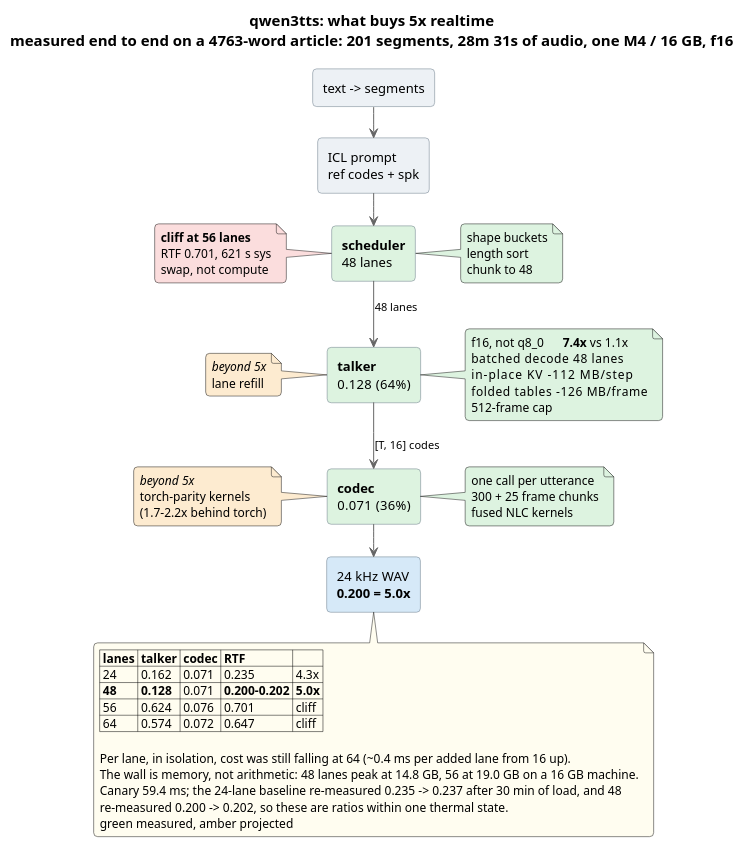
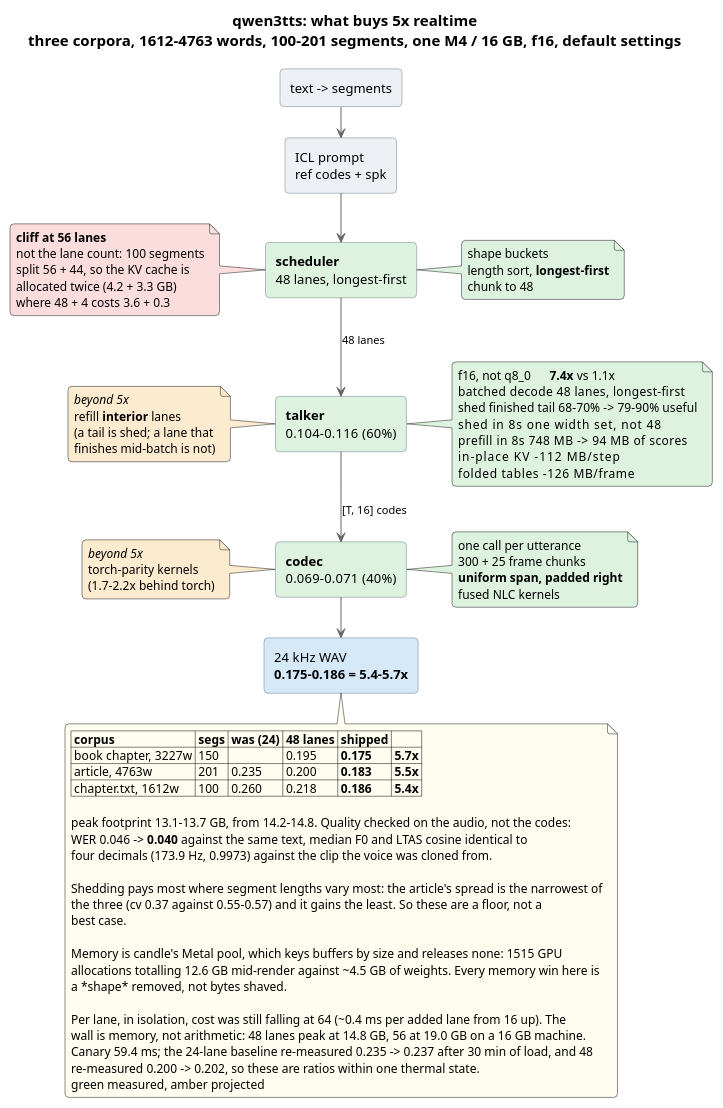
Before and after one commit to drmhse/dream-tts: the diagram in docs/qwen3tts-speedup.puml, drawn with PlantUML. The commit also changed 5 other files, not shown here.

First line of the commit message:
docs: 5.4-5.7x realtime, and where the memory actually goes

```diff
--- a/docs/qwen3tts-speedup.puml
+++ b/docs/qwen3tts-speedup.puml
@@ -1,84 +1,102 @@
 @startuml qwen3tts-speedup
-title <b>qwen3tts: what buys 5x realtime</b>\nmeasured end to end on a 4763-word article: 201 segments, 28m 31s of audio, one M4 / 16 GB, f16
+title <b>qwen3tts: what buys 5x realtime</b>\nthree corpora, 1612-4763 words, 100-201 segments, one M4 / 16 GB, f16, default settings
 
 skinparam backgroundColor #FFFFFF
 skinparam shadowing false
 skinparam defaultFontName Helvetica
 skinparam defaultFontSize 13
 skinparam titleFontSize 15
 skinparam roundCorner 8
 skinparam nodesep 45
 skinparam ranksep 30
 skinparam ArrowColor #666666
 skinparam ArrowFontSize 11
 skinparam rectangle {
   BorderColor #6B7A88
   BackgroundColor #EDF1F5
 }
 skinparam noteFontSize 12
 
 rectangle "text -> segments" as SEG
 rectangle "ICL prompt\nref codes + spk" as PROMPT
-rectangle "**scheduler**\n48 lanes" as SCHED #DDF3E0
-rectangle "**talker**\n0.128  (64%)" as TALKER #DDF3E0
-rectangle "**codec**\n0.071  (36%)" as CODEC #DDF3E0
-rectangle "24 kHz WAV\n**0.200 = 5.0x**" as WAV #D6E9F8
+rectangle "**scheduler**\n48 lanes, longest-first" as SCHED #DDF3E0
+rectangle "**talker**\n0.104-0.116  (60%)" as TALKER #DDF3E0
+rectangle "**codec**\n0.069-0.071  (40%)" as CODEC #DDF3E0
+rectangle "24 kHz WAV\n**0.175-0.186 = 5.4-5.7x**" as WAV #D6E9F8
 
 SEG --> PROMPT
 PROMPT --> SCHED
 SCHED --> TALKER : "48 lanes"
 TALKER --> CODEC : "[T, 16] codes"
 CODEC --> WAV
 
 note right of SCHED #DDF3E0
   shape buckets
-  length sort
+  length sort, <b>longest-first</b>
   chunk to 48
 end note
 
 note right of TALKER #DDF3E0
   f16, not q8_0      <b>7.4x</b> vs 1.1x
-  batched decode     48 lanes
+  batched decode     48 lanes, longest-first
+  shed finished tail  68-70% -> 79-90% useful
+  shed in 8s         one width set, not 48
+  prefill in 8s      748 MB -> 94 MB of scores
   in-place KV        -112 MB/step
   folded tables      -126 MB/frame
-  512-frame cap
 end note
 
 note right of CODEC #DDF3E0
   one call per utterance
   300 + 25 frame chunks
+  <b>uniform span, padded right</b>
   fused NLC kernels
 end note
 
 note left of SCHED #FBDDDD
   <b>cliff at 56 lanes</b>
-  RTF 0.701, 621 s sys
-  swap, not compute
+  not the lane count: 100 segments
+  split 56 + 44, so the KV cache is
+  allocated twice (4.2 + 3.3 GB)
+  where 48 + 4 costs 3.6 + 0.3
 end note
 
 note left of TALKER #FDEBD0
   <i>beyond 5x</i>
-  lane refill
+  refill <b>interior</b> lanes
+  (a tail is shed; a lane that
+  finishes mid-batch is not)
 end note
 
 note left of CODEC #FDEBD0
   <i>beyond 5x</i>
   torch-parity kernels
   (1.7-2.2x behind torch)
 end note
 
 note bottom of WAV #FFFDF0
-  |= lanes |= talker |= codec |= RTF |= |
-  | 24 | 0.162 | 0.071 | 0.235 | 4.3x |
-  | <b>48</b> | <b>0.128</b> | 0.071 | <b>0.200-0.202</b> | <b>5.0x</b> |
-  | 56 | 0.624 | 0.076 | 0.701 | cliff |
-  | 64 | 0.574 | 0.072 | 0.647 | cliff |
+  |= corpus |= segs |= was (24) |= 48 lanes |= <b>shipped</b> |= |
+  | book chapter, 3227w | 150 | | 0.195 | <b>0.175</b> | <b>5.7x</b> |
+  | article, 4763w | 201 | 0.235 | 0.200 | <b>0.183</b> | <b>5.5x</b> |
+  | chapter.txt, 1612w | 100 | 0.260 | 0.218 | <b>0.186</b> | <b>5.4x</b> |
 
-  Per lane, in isolation, cost was still falling at 64 (~0.4 ms per added lane from 16 up).
-  The wall is memory, not arithmetic: 48 lanes peak at 14.8 GB, 56 at 19.0 GB on a 16 GB machine.
+  peak footprint 13.1-13.7 GB, from 14.2-14.8. Quality checked on the audio, not the codes:
+  WER 0.046 -> <b>0.040</b> against the same text, median F0 and LTAS cosine identical to
+  four decimals (173.9 Hz, 0.9973) against the clip the voice was cloned from.
+
+  Shedding pays most where segment lengths vary most: the article's spread is the narrowest of
+  the three (cv 0.37 against 0.55-0.57) and it gains the least. So these are a floor, not a
+  best case.
+
+  Memory is candle's Metal pool, which keys buffers by size and releases none: 1515 GPU
+  allocations totalling 12.6 GB mid-render against ~4.5 GB of weights. Every memory win here is
+  a *shape* removed, not bytes shaved.
+
+  Per lane, in isolation, cost was still falling at 64 (~0.4 ms per added lane from 16 up). The
+  wall is memory, not arithmetic: 48 lanes peak at 14.8 GB, 56 at 19.0 GB on a 16 GB machine.
   Canary 59.4 ms; the 24-lane baseline re-measured 0.235 -> 0.237 after 30 min of load, and 48
   re-measured 0.200 -> 0.202, so these are ratios within one thermal state.
   green measured, amber projected
 end note
 
 @enduml
```
